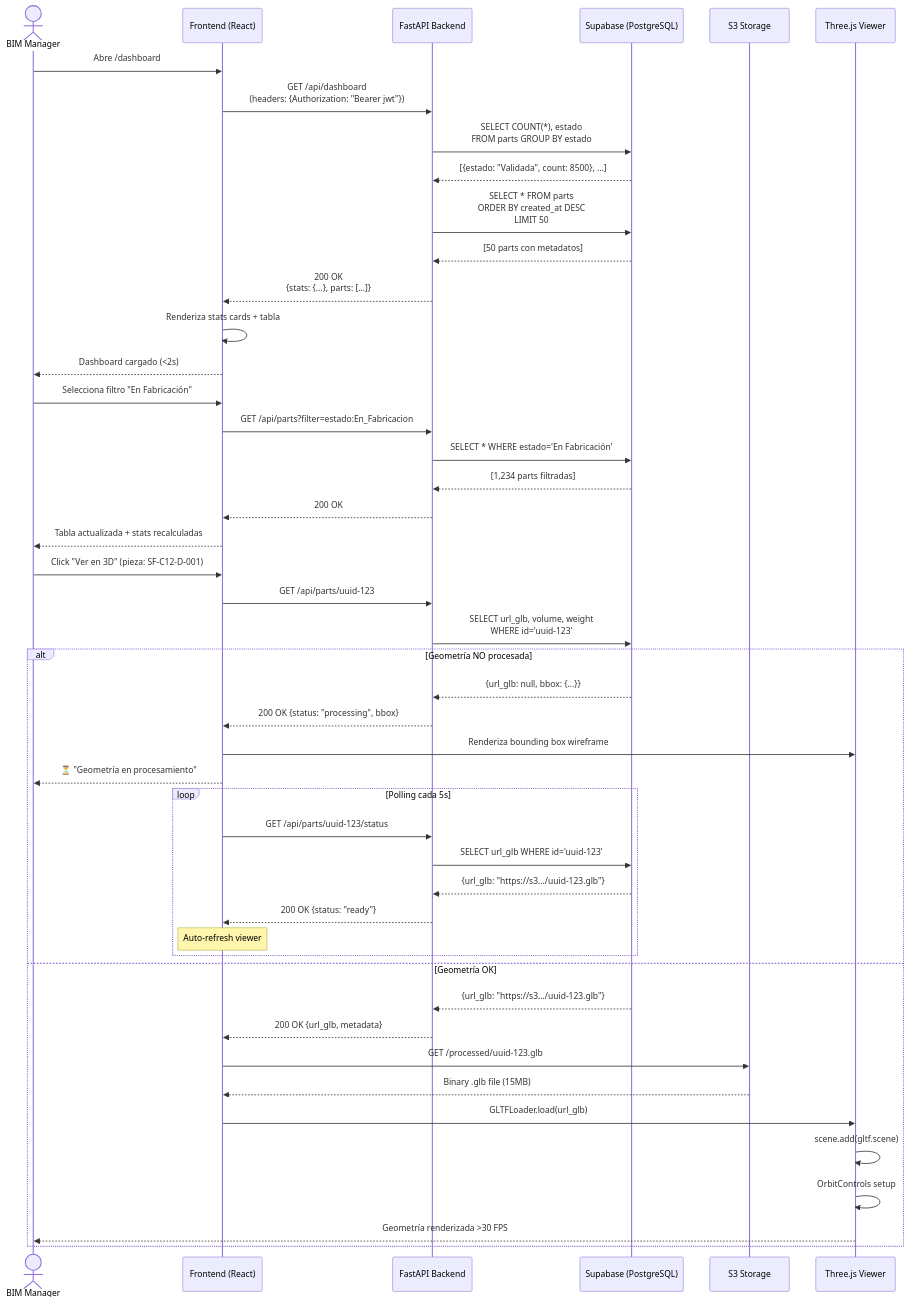
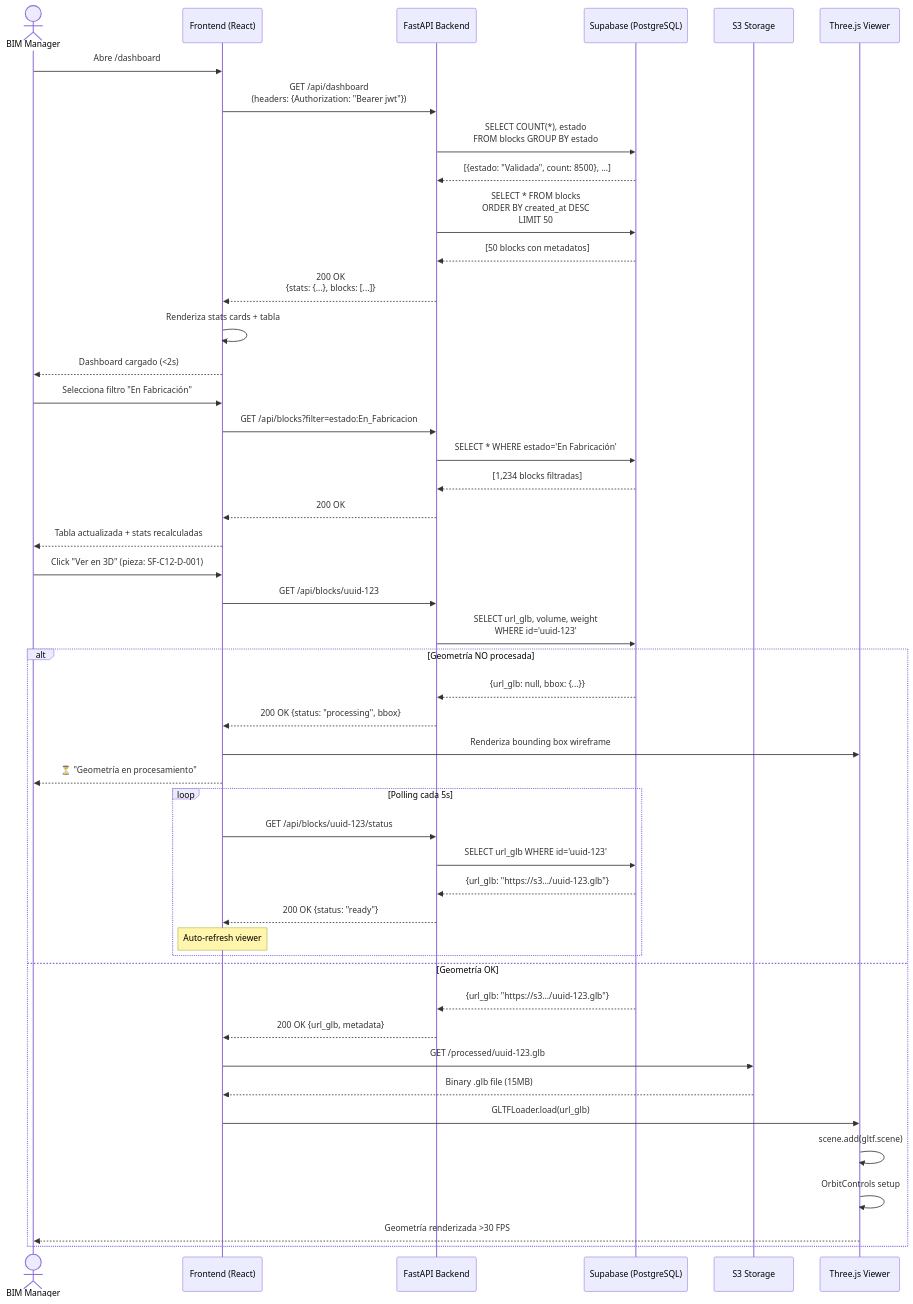
Before and after one commit to LIDR-academy/AI4Devs-finalproject: the fourth of 7 diagrams in docs/04-use-cases.md, drawn with Mermaid. The commit also changed other lines of this file and 8 other files, not shown here.

````diff
--- a/docs/04-use-cases.md
+++ b/docs/04-use-cases.md
@@ -200,59 +200,59 @@
 ```mermaid
 sequenceDiagram
     actor User as BIM Manager
     participant FE as Frontend (React)
     participant API as FastAPI Backend
     participant DB as Supabase (PostgreSQL)
     participant Storage as S3 Storage
     participant Viewer as Three.js Viewer
 
     User->>FE: Abre /dashboard
     FE->>API: GET /api/dashboard<br/>(headers: {Authorization: "Bearer jwt"})
     
-    API->>DB: SELECT COUNT(*), estado<br/>FROM parts GROUP BY estado
+    API->>DB: SELECT COUNT(*), estado<br/>FROM blocks GROUP BY estado
     DB-->>API: [{estado: "Validada", count: 8500}, ...]
     
-    API->>DB: SELECT * FROM parts<br/>ORDER BY created_at DESC<br/>LIMIT 50
-    DB-->>API: [50 parts con metadatos]
+    API->>DB: SELECT * FROM blocks<br/>ORDER BY created_at DESC<br/>LIMIT 50
+    DB-->>API: [50 blocks con metadatos]
     
-    API-->>FE: 200 OK<br/>{stats: {...}, parts: [...]}
+    API-->>FE: 200 OK<br/>{stats: {...}, blocks: [...]}
     FE->>FE: Renderiza stats cards + tabla
     FE-->>User: Dashboard cargado (<2s)
     
     User->>FE: Selecciona filtro "En Fabricación"
-    FE->>API: GET /api/parts?filter=estado:En_Fabricacion
+    FE->>API: GET /api/blocks?filter=estado:En_Fabricacion
     API->>DB: SELECT * WHERE estado='En Fabricación'
-    DB-->>API: [1,234 parts filtradas]
+    DB-->>API: [1,234 blocks filtradas]
     API-->>FE: 200 OK
     FE-->>User: Tabla actualizada + stats recalculadas
     
     User->>FE: Click "Ver en 3D" (pieza: SF-C12-D-001)
-    FE->>API: GET /api/parts/uuid-123
+    FE->>API: GET /api/blocks/uuid-123
     API->>DB: SELECT url_glb, volume, weight<br/>WHERE id='uuid-123'
     
     alt Geometría NO procesada
         DB-->>API: {url_glb: null, bbox: {...}}
         API-->>FE: 200 OK {status: "processing", bbox}
         FE->>Viewer: Renderiza bounding box wireframe
         FE-->>User: ⏳ "Geometría en procesamiento"
         
         loop Polling cada 5s
-            FE->>API: GET /api/parts/uuid-123/status
+            FE->>API: GET /api/blocks/uuid-123/status
             API->>DB: SELECT url_glb WHERE id='uuid-123'
             DB-->>API: {url_glb: "https://s3.../uuid-123.glb"}
             API-->>FE: 200 OK {status: "ready"}
             Note over FE: Auto-refresh viewer
         end
     else Geometría OK
         DB-->>API: {url_glb: "https://s3.../uuid-123.glb"}
         API-->>FE: 200 OK {url_glb, metadata}
         
         FE->>Storage: GET /processed/uuid-123.glb
         Storage-->>FE: Binary .glb file (15MB)
         
         FE->>Viewer: GLTFLoader.load(url_glb)
         Viewer->>Viewer: scene.add(gltf.scene)
         Viewer->>Viewer: OrbitControls setup
         Viewer-->>User: Geometría renderizada >30 FPS
     end
 ```
````
